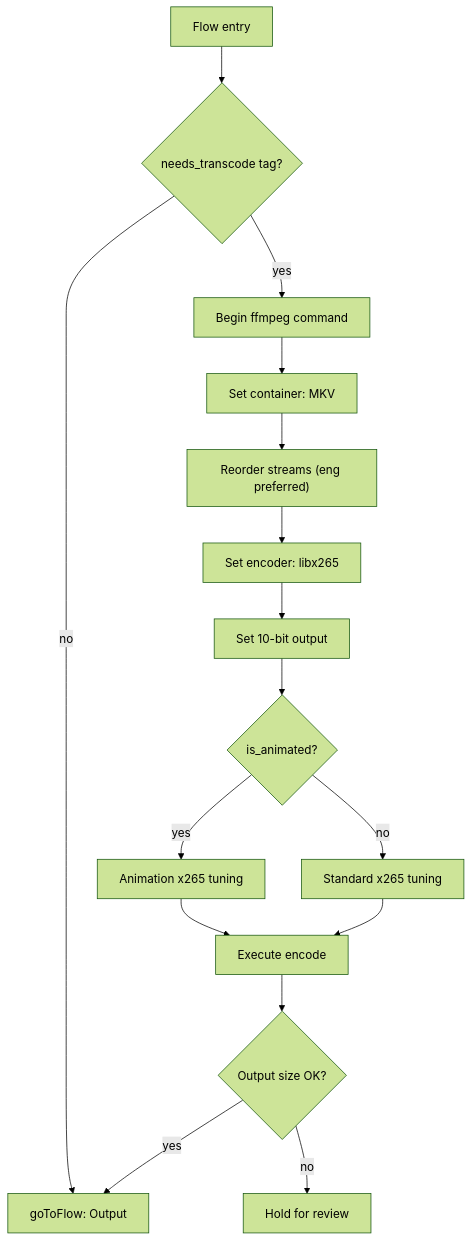
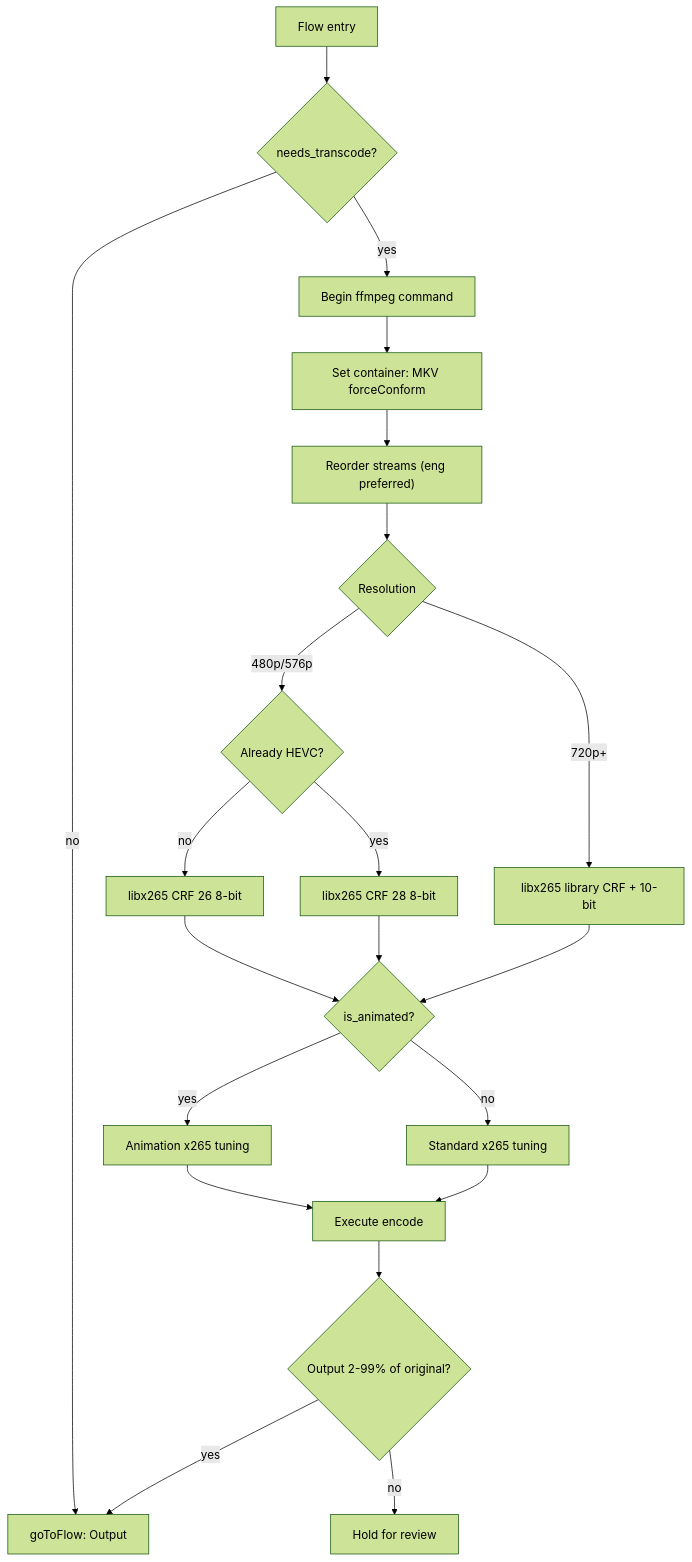
Before and after one commit to Apocrathia/homelab: the fourth of 5 diagrams in flux/manifests/04-apps/media/management/tdarr/flows/README.md, drawn with Mermaid (forest theme). The commit also changed other lines of this file and 3 other files, not shown here.

````diff
--- a/flux/manifests/04-apps/media/management/tdarr/flows/README.md
+++ b/flux/manifests/04-apps/media/management/tdarr/flows/README.md
@@ -63,18 +68,23 @@
 ```mermaid
 flowchart TD
-    Start["Flow entry"] --> NeedsTranscode{needs_transcode tag?}
+    Start["Flow entry"] --> NeedsTranscode{needs_transcode?}
     NeedsTranscode -->|no| GoToF4["goToFlow: Output"]
     NeedsTranscode -->|yes| StartCmd["Begin ffmpeg command"]
-    StartCmd --> SetContainer["Set container: MKV"]
+    StartCmd --> SetContainer["Set container: MKV forceConform"]
     SetContainer --> Reorder["Reorder streams (eng preferred)"]
-    Reorder --> SetEncoder["Set encoder: libx265"]
-    SetEncoder --> Set10Bit["Set 10-bit output"]
-    Set10Bit --> AnimCheck{is_animated?}
+    Reorder --> Res{Resolution}
+    Res -->|480p/576p| SdCodec{Already HEVC?}
+    SdCodec -->|no| Sd26["libx265 CRF 26 8-bit"]
+    SdCodec -->|yes| Sd28["libx265 CRF 28 8-bit"]
+    Res -->|720p+| HdEnc["libx265 library CRF + 10-bit"]
+    Sd26 --> AnimCheck{is_animated?}
+    Sd28 --> AnimCheck
+    HdEnc --> AnimCheck
     AnimCheck -->|yes| AnimArgs["Animation x265 tuning"]
     AnimCheck -->|no| StdArgs["Standard x265 tuning"]
     AnimArgs --> Execute["Execute encode"]
     StdArgs --> Execute
-    Execute --> FileSizeCheck{Output size OK?}
+    Execute --> FileSizeCheck{"Output 2-99% of original?"}
     FileSizeCheck -->|yes| GoToF4
     FileSizeCheck -->|no| Error["Hold for review"]
 ```
````
